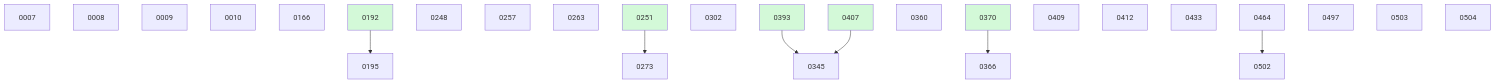
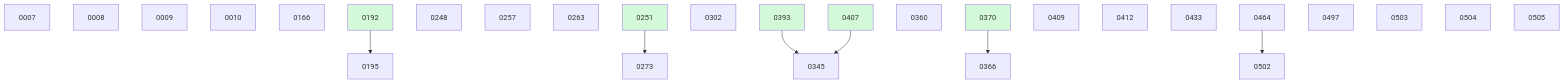
The diagram in docs/changes/BOARD.md (danielhanold/docket), drawn with Mermaid before and after one commit. The commit also changed other lines of this file and 1 other file, not shown here.

````diff
--- a/docs/changes/BOARD.md
+++ b/docs/changes/BOARD.md
@@ -47,32 +48,33 @@
 ```mermaid
 graph TD
   0007
   0008
   0009
   0010
   0166
   0192 --> 0195
   0248
   0257
   0263
   0251 --> 0273
   0302
   0393 --> 0345
   0407 --> 0345
   0360
   0370 --> 0366
   0409
   0412
   0433
   0464
   0497
   0464 --> 0502
   0503
   0504
+  0505
   0192:::done
   0251:::done
   0370:::done
   0393:::done
   0407:::done
   classDef done fill:#d3f9d8;
 ```
````
